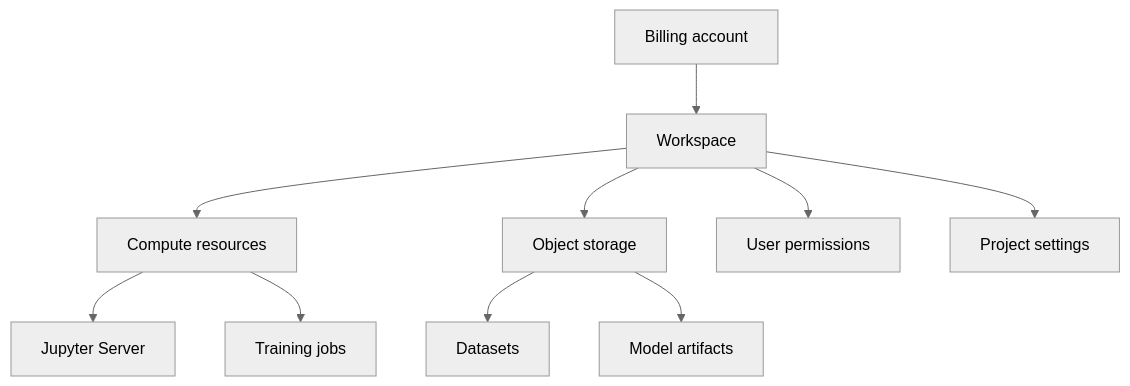
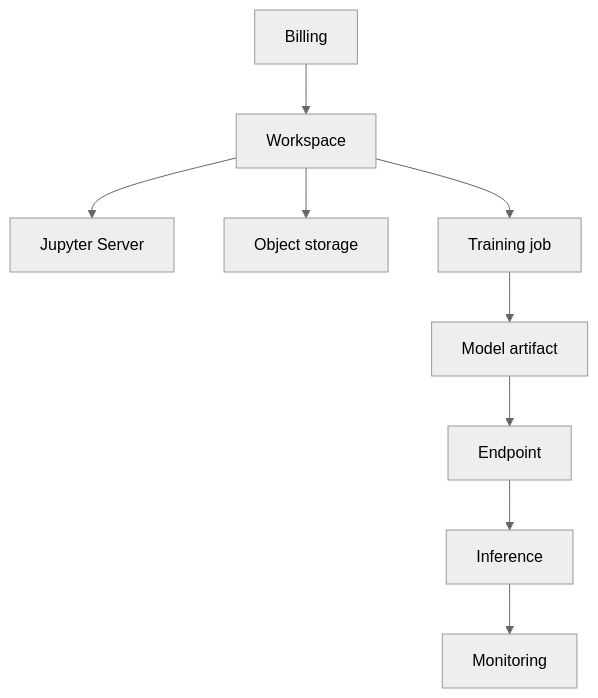
One commit to AnnaSemenec/neurostack-docs changed the first of 2 diagrams in DOCS/overview/resource_hierarchy.md. Above: the diagram before and after it, drawn with Mermaid (neutral theme). The commit also changed other lines of this file and 10 other files, not shown here.

````diff
--- a/DOCS/overview/resource_hierarchy.md
+++ b/DOCS/overview/resource_hierarchy.md
@@ -50,12 +47,11 @@
 ```mermaid
 graph TD
-    A[Billing account] --> B[Workspace]
-    B --> C[Compute resources]
+    A[Billing] --> B[Workspace]
+    B --> C[Jupyter Server]
     B --> D[Object storage]
-    B --> E[User permissions]
-    B --> F[Project settings]
-    C --> C1[Jupyter Server]
-    C --> C2[Training jobs]
-    D --> D1[Datasets]
-    D --> D2[Model artifacts]
+    B --> E[Training job]
+    E --> F[Model artifact]
+    F --> G[Endpoint]
+    G --> H[Inference]
+    H --> I[Monitoring]
 ```
````
